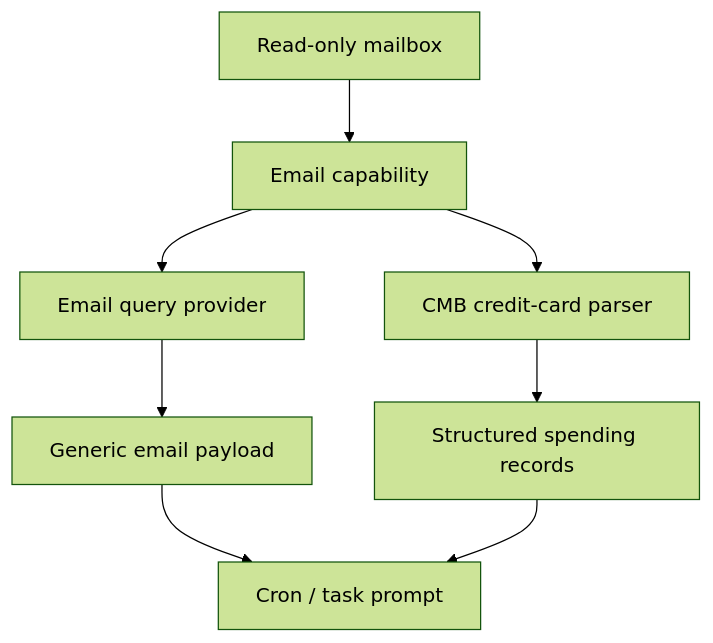
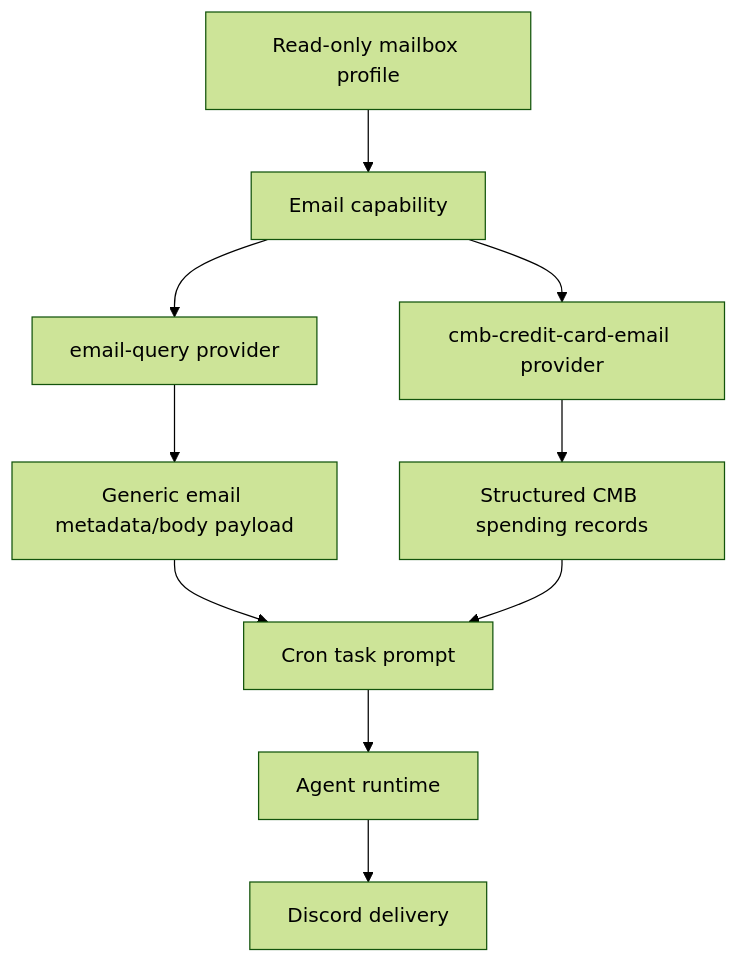
Before and after one commit to yuanyunfan/miniclaw: the diagram in docs/providers/email.md, drawn with Mermaid (forest theme). The commit also changed other lines of this file and 11 other files, not shown here.

Commit message:
docs: merge email provider docs

````diff
--- a/docs/providers/email.md
+++ b/docs/providers/email.md
@@ -7,10 +7,15 @@
 ```mermaid
 flowchart TD
-  Mailbox[Read-only mailbox] --> EmailCapability[Email capability]
-  EmailCapability --> Query[Email query provider]
-  EmailCapability --> Cmb[CMB credit-card parser]
-  Query --> GenericPayload[Generic email payload]
-  Cmb --> SpendingPayload[Structured spending records]
-  GenericPayload --> Cron[Cron / task prompt]
+  Mailbox[Read-only mailbox profile]
+  Mailbox --> Capability[Email capability]
+  Capability --> Query[email-query provider]
+  Capability --> CMB[cmb-credit-card-email provider]
+
+  Query --> GenericPayload[Generic email metadata/body payload]
+  CMB --> SpendingPayload[Structured CMB spending records]
+
+  GenericPayload --> Cron[Cron task prompt]
   SpendingPayload --> Cron
+  Cron --> Agent[Agent runtime]
+  Agent --> Discord[Discord delivery]
 ```
````
